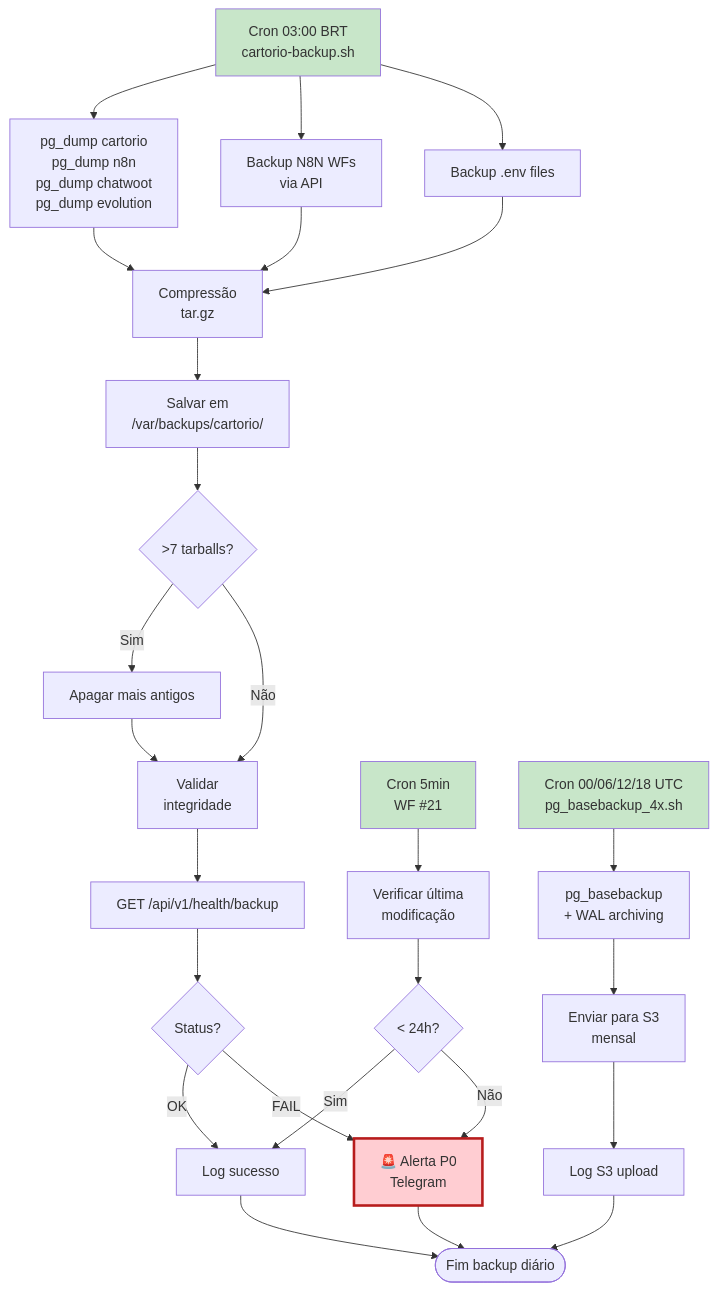
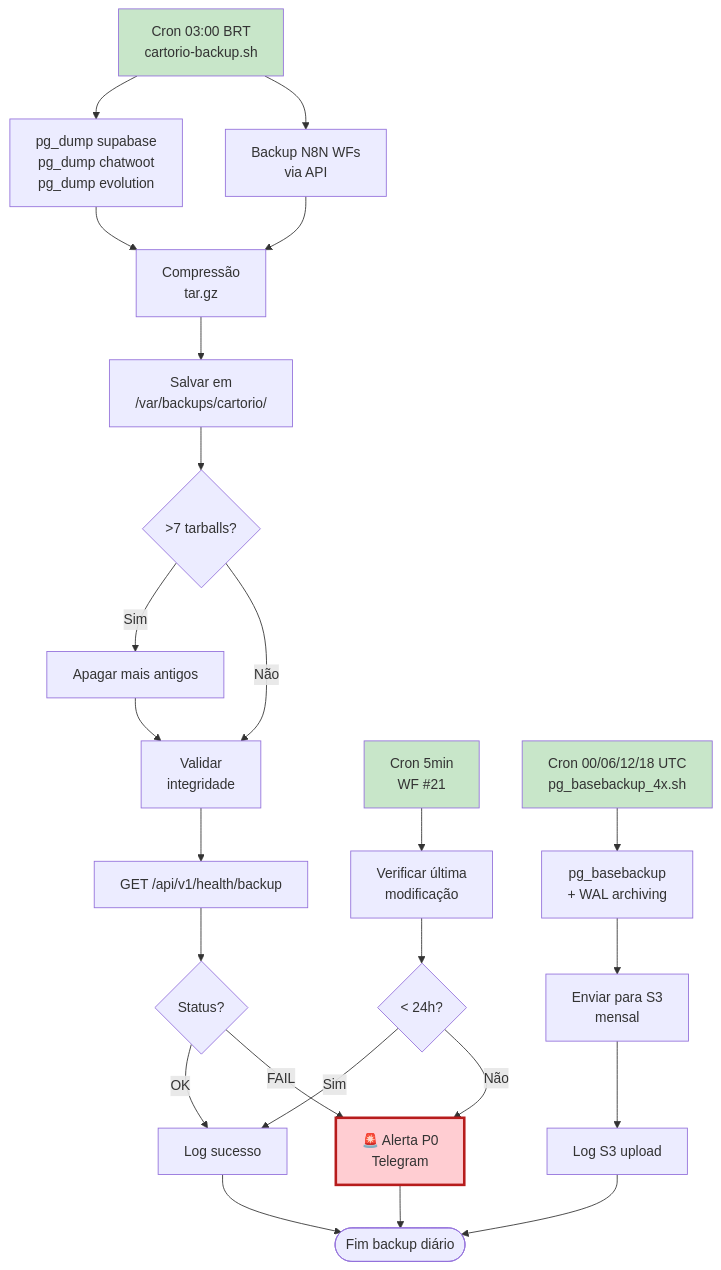
One commit to gustavofullstack/Cartorio changed the sixth of 10 diagrams in docs/DIAGRAMA_SISTEMA.md. Above: the diagram before and after it, drawn with Mermaid. The commit also changed 35 other files, not shown here.

````diff
--- a/docs/DIAGRAMA_SISTEMA.md
+++ b/docs/DIAGRAMA_SISTEMA.md
@@ -300,39 +300,37 @@
 ```mermaid
 flowchart TD
-    Cron1[Cron 03:00 BRT<br/>cartorio-backup.sh] --> DumpDB[pg_dump cartorio<br/>pg_dump n8n<br/>pg_dump chatwoot<br/>pg_dump evolution]
+    Cron1[Cron 03:00 BRT<br/>cartorio-backup.sh] --> DumpDB[pg_dump supabase<br/>pg_dump chatwoot<br/>pg_dump evolution]
     Cron1 --> DumpWF[Backup N8N WFs<br/>via API]
-    Cron1 --> DumpEnv[Backup .env files]
     
     DumpDB --> Compress[Compressão<br/>tar.gz]
     DumpWF --> Compress
-    DumpEnv --> Compress
     
     Compress --> Storage[Salvar em<br/>/var/backups/cartorio/]
     Storage --> Rotate{>7 tarballs?}
     Rotate -->|Sim| DeleteOld[Apagar mais antigos]
     Rotate -->|Não| Validate
     DeleteOld --> Validate[Validar<br/>integridade]
     
     Validate --> HealthCheck[GET /api/v1/health/backup]
     HealthCheck --> Status{Status?}
     Status -->|OK| Log[Log sucesso]
     Status -->|FAIL| Alert[🚨 Alerta P0<br/>Telegram]
     
     Cron2[Cron 5min<br/>WF #21] --> HourlyCheck[Verificar última<br/>modificação]
     HourlyCheck --> Recent{< 24h?}
     Recent -->|Sim| Log
     Recent -->|Não| Alert
     
     Cron3[Cron 00/06/12/18 UTC<br/>pg_basebackup_4x.sh] --> BaseBackup[pg_basebackup<br/>+ WAL archiving]
     BaseBackup --> S3[Enviar para S3<br/>mensal]
     S3 --> LogS3[Log S3 upload]
     
     Log --> End1([Fim backup diário])
     LogS3 --> End1
     Alert --> End1
     
     style Cron1 fill:#c8e6c9
     style Cron2 fill:#c8e6c9
     style Cron3 fill:#c8e6c9
     style Alert fill:#ffcdd2,stroke:#b71c1c,stroke-width:3px
 ```
````
